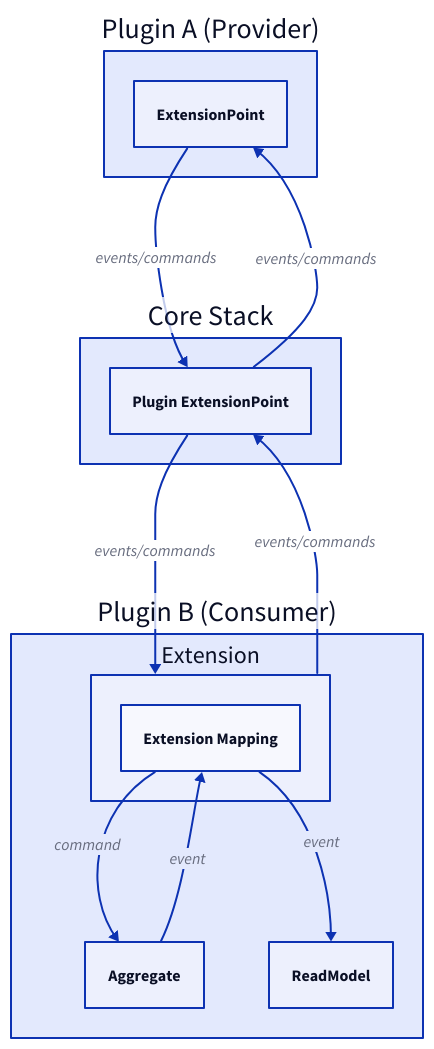
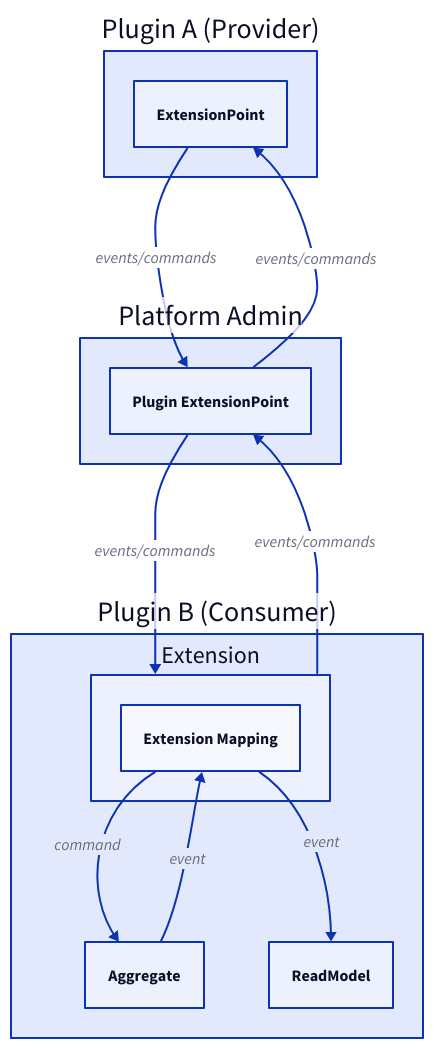
The first of 4 diagrams in packages/doc/docs-app/components/extension.md (ReventlessDev/reventless-core), drawn with D2 before and after one commit. The commit also changed other lines of this file and 92 other files, not shown here.

````diff
--- a/packages/doc/docs-app/components/extension.md
+++ b/packages/doc/docs-app/components/extension.md
@@ -17,32 +17,32 @@
 ```d2
 PluginA: "Plugin A (Provider)" {
   class: plugin-area
   EP: ExtensionPoint { class: extension-point }
 }
 
-CoreStack: Core Stack {
+Admin: Platform Admin {
   class: external-system
   PEP: Plugin ExtensionPoint { class: extension-point }
 }
 
 PluginB: "Plugin B (Consumer)" {
   class: plugin-area
 
   Ext: Extension {
     class: extension
     ExtM: Extension Mapping { class: event-mapper }
   }
 
   Agg: Aggregate { class: aggregate }
   RM: ReadModel { class: read-model }
 
   Ext.ExtM -> Agg: command { class: command-flow }
   Ext.ExtM -> RM: event { class: projection-flow }
   Agg -> Ext.ExtM: event { class: event-flow }
 }
 
-PluginA.EP -> CoreStack.PEP: events/commands { class: cross-plugin }
-CoreStack.PEP -> PluginA.EP: events/commands { class: cross-plugin }
-CoreStack.PEP -> PluginB.Ext: events/commands { class: cross-plugin }
-PluginB.Ext -> CoreStack.PEP: events/commands { class: cross-plugin }
+PluginA.EP -> Admin.PEP: events/commands { class: cross-plugin }
+Admin.PEP -> PluginA.EP: events/commands { class: cross-plugin }
+Admin.PEP -> PluginB.Ext: events/commands { class: cross-plugin }
+PluginB.Ext -> Admin.PEP: events/commands { class: cross-plugin }
 ```
````
